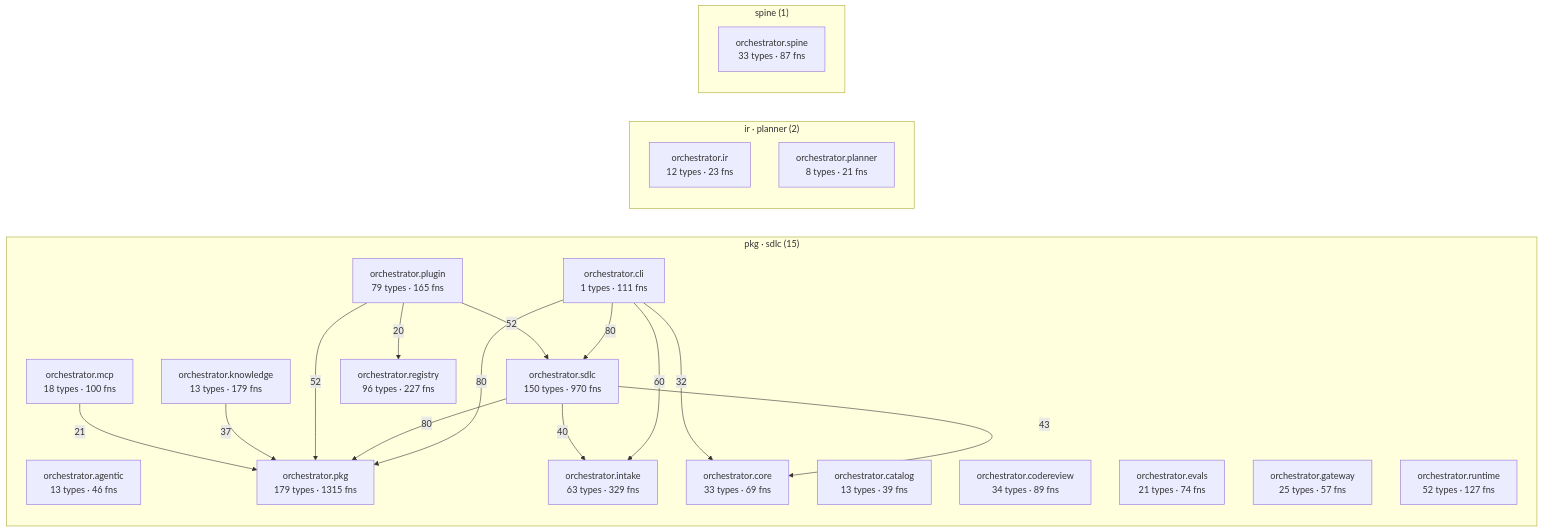
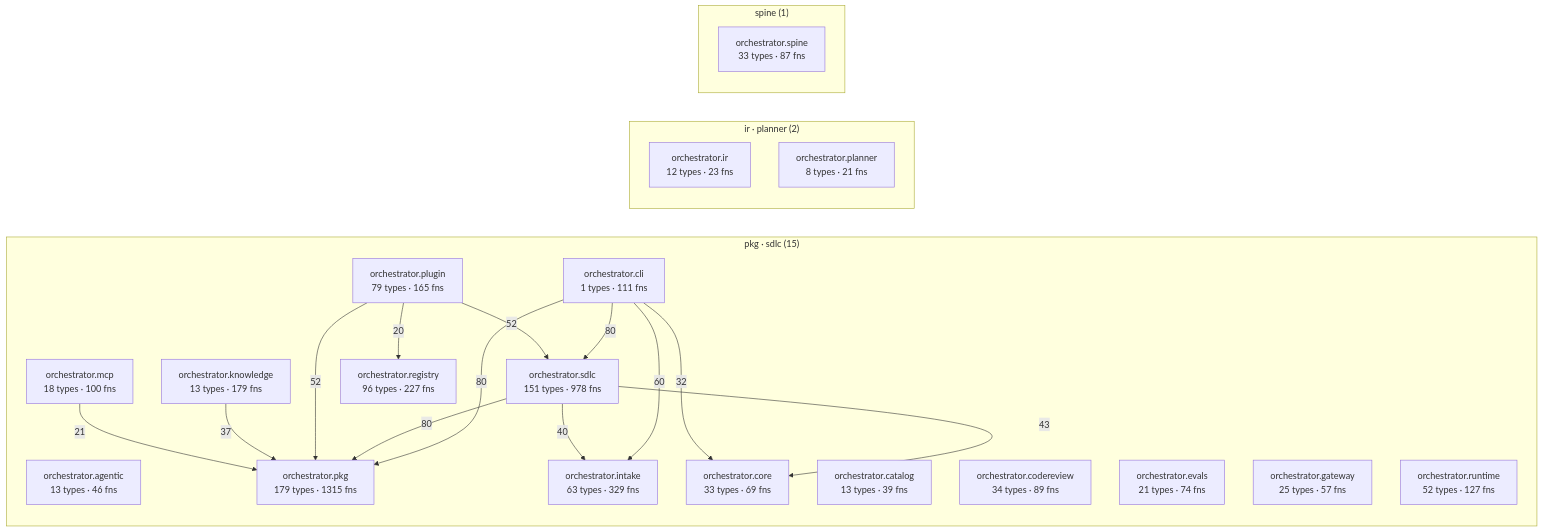
One commit to synaptixs/spine changed the diagram in episteme/architecture.md. Above: the diagram before and after it, drawn with Mermaid. The commit also changed other lines of this file and 22 other files, not shown here.

````diff
--- a/episteme/architecture.md
+++ b/episteme/architecture.md
@@ -56,39 +56,39 @@
 ```mermaid
 flowchart LR
   subgraph c_2["pkg · sdlc (15)"]
     aorchestratoragentic["orchestrator.agentic<br/>13 types · 46 fns"]
     aorchestratorcatalog["orchestrator.catalog<br/>13 types · 39 fns"]
     aorchestratorcli["orchestrator.cli<br/>1 types · 111 fns"]
     aorchestratorcodereview["orchestrator.codereview<br/>34 types · 89 fns"]
     aorchestratorcore["orchestrator.core<br/>33 types · 69 fns"]
     aorchestratorevals["orchestrator.evals<br/>21 types · 74 fns"]
     aorchestratorgateway["orchestrator.gateway<br/>25 types · 57 fns"]
     aorchestratorintake["orchestrator.intake<br/>63 types · 329 fns"]
     aorchestratorknowledge["orchestrator.knowledge<br/>13 types · 179 fns"]
     aorchestratormcp["orchestrator.mcp<br/>18 types · 100 fns"]
     aorchestratorpkg["orchestrator.pkg<br/>179 types · 1315 fns"]
     aorchestratorplugin["orchestrator.plugin<br/>79 types · 165 fns"]
     aorchestratorregistry["orchestrator.registry<br/>96 types · 227 fns"]
     aorchestratorruntime["orchestrator.runtime<br/>52 types · 127 fns"]
-    aorchestratorsdlc["orchestrator.sdlc<br/>150 types · 970 fns"]
+    aorchestratorsdlc["orchestrator.sdlc<br/>151 types · 978 fns"]
   end
   subgraph c_5["ir · planner (2)"]
     aorchestratorir["orchestrator.ir<br/>12 types · 23 fns"]
     aorchestratorplanner["orchestrator.planner<br/>8 types · 21 fns"]
   end
   subgraph c_10["spine (1)"]
     aorchestratorspine["orchestrator.spine<br/>33 types · 87 fns"]
   end
   aorchestratorcli -->|80| aorchestratorpkg
   aorchestratorcli -->|80| aorchestratorsdlc
   aorchestratorsdlc -->|80| aorchestratorpkg
   aorchestratorcli -->|60| aorchestratorintake
   aorchestratorplugin -->|52| aorchestratorpkg
   aorchestratorplugin -->|52| aorchestratorsdlc
   aorchestratorsdlc -->|43| aorchestratorcore
   aorchestratorsdlc -->|40| aorchestratorintake
   aorchestratorknowledge -->|37| aorchestratorpkg
   aorchestratorcli -->|32| aorchestratorcore
   aorchestratormcp -->|21| aorchestratorpkg
   aorchestratorplugin -->|20| aorchestratorregistry
 ```
````
